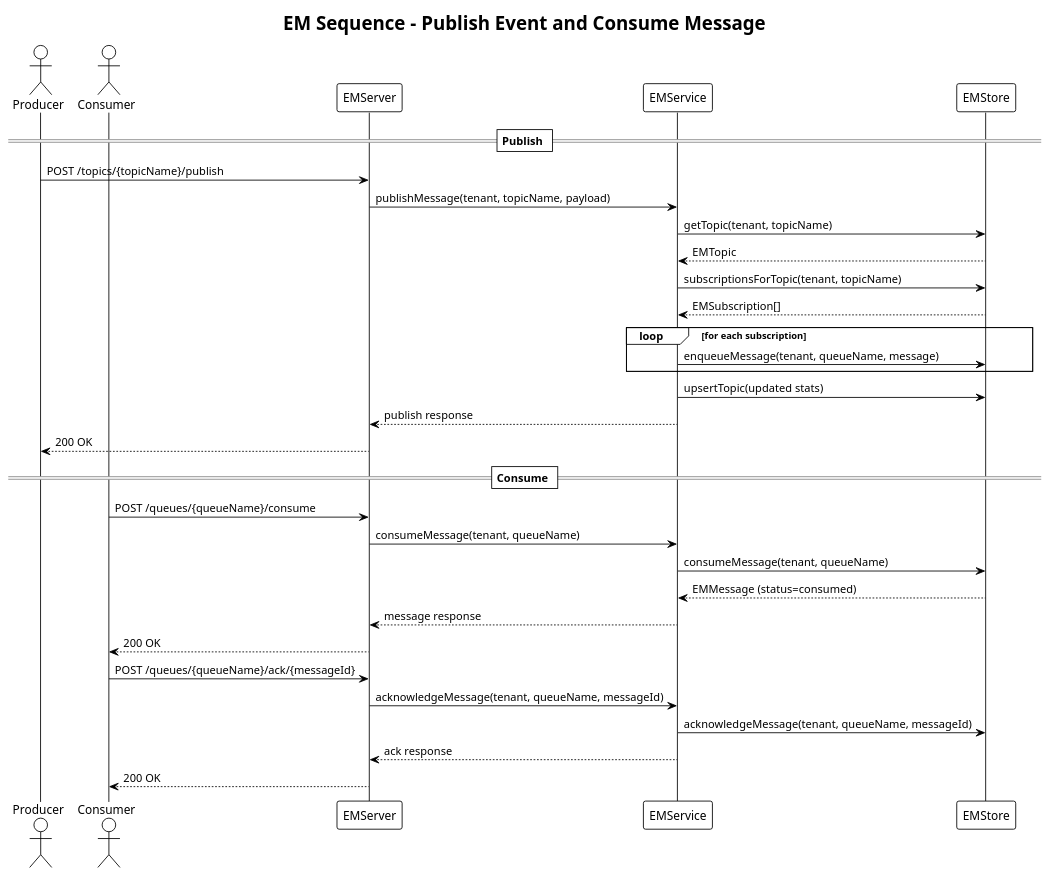
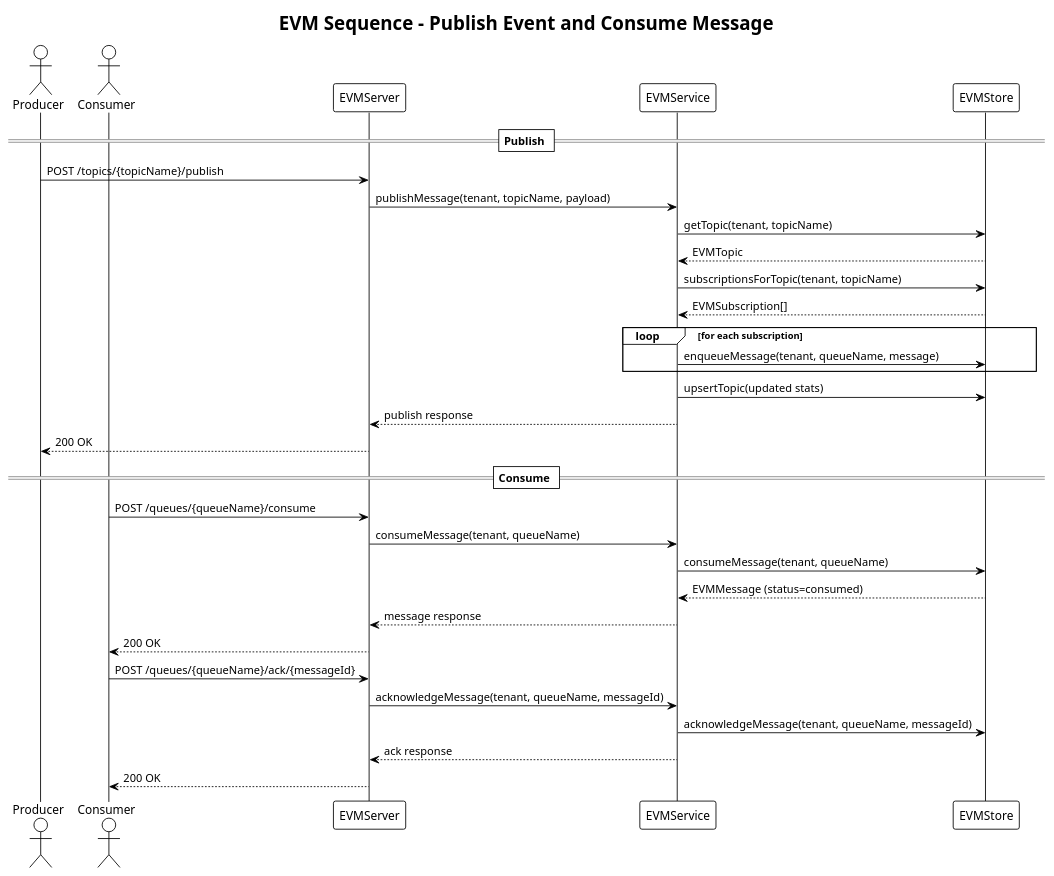
One commit to UIMSolutions/uim-sap-services changed the diagram in event-mesh/docs/uml/sequence-publish-consume.puml. Above: the diagram before and after it, drawn with PlantUML. The commit also changed 25 other files, not shown here.

First line of the commit message:
Refactor event mesh classes and exceptions to use EVM prefix

```diff
--- a/event-mesh/docs/uml/sequence-publish-consume.puml
+++ b/event-mesh/docs/uml/sequence-publish-consume.puml
@@ -1,40 +1,40 @@
 @startuml sequence_publish_consume
 !theme plain
 
-title EM Sequence - Publish Event and Consume Message
+title EVM Sequence - Publish Event and Consume Message
 
 actor Producer
 actor Consumer
-participant "EMServer" as Server
-participant "EMService" as Service
-participant "EMStore" as Store
+participant "EVMServer" as Server
+participant "EVMService" as Service
+participant "EVMStore" as Store
 
 == Publish ==
 Producer -> Server : POST /topics/{topicName}/publish
 Server -> Service : publishMessage(tenant, topicName, payload)
 Service -> Store : getTopic(tenant, topicName)
-Store --> Service : EMTopic
+Store --> Service : EVMTopic
 Service -> Store : subscriptionsForTopic(tenant, topicName)
-Store --> Service : EMSubscription[]
+Store --> Service : EVMSubscription[]
 loop for each subscription
   Service -> Store : enqueueMessage(tenant, queueName, message)
 end
 Service -> Store : upsertTopic(updated stats)
 Service --> Server : publish response
 Server --> Producer : 200 OK
 
 == Consume ==
 Consumer -> Server : POST /queues/{queueName}/consume
 Server -> Service : consumeMessage(tenant, queueName)
 Service -> Store : consumeMessage(tenant, queueName)
-Store --> Service : EMMessage (status=consumed)
+Store --> Service : EVMMessage (status=consumed)
 Service --> Server : message response
 Server --> Consumer : 200 OK
 
 Consumer -> Server : POST /queues/{queueName}/ack/{messageId}
 Server -> Service : acknowledgeMessage(tenant, queueName, messageId)
 Service -> Store : acknowledgeMessage(tenant, queueName, messageId)
 Service --> Server : ack response
 Server --> Consumer : 200 OK
 
 @enduml
```
